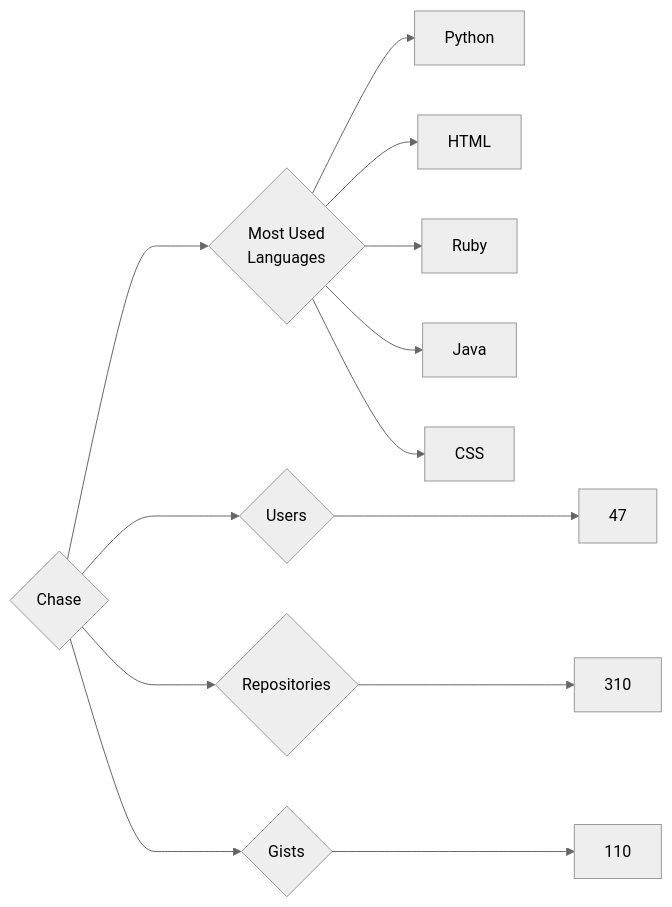
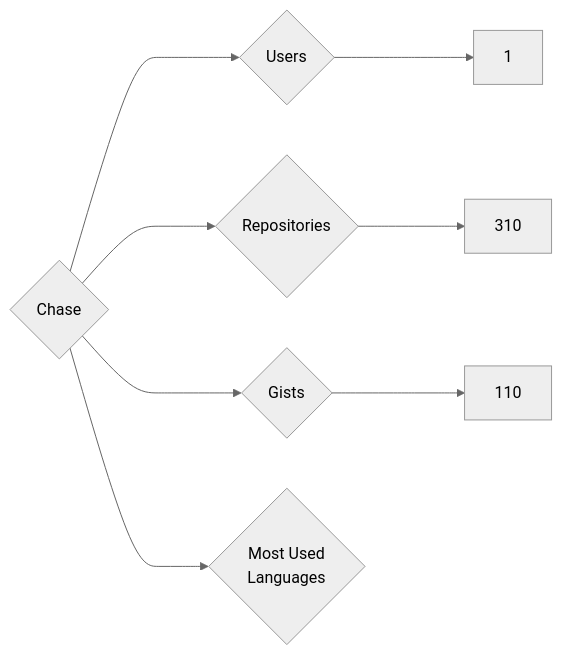
One commit to trickest/insiders changed the diagram in targets/Chase/README.md. Above: the diagram before and after it, drawn with Mermaid (neutral theme). The commit also changed 891 other files, not shown here.

````diff
--- a/targets/Chase/README.md
+++ b/targets/Chase/README.md
@@ -3,13 +3,8 @@
 ```mermaid
 graph LR
 COMPANY_NAME{Chase}
-COMPANY_NAME ---> U{Users} ---> UN[47]
+COMPANY_NAME ---> U{Users} ---> UN[1]
 COMPANY_NAME ---> R{Repositories} ---> RN[310]
 COMPANY_NAME ---> G{Gists} ---> GN[110]
 COMPANY_NAME ---> ML{Most Used<br>Languages}
-ML --> Python[Python]
-ML --> HTML[HTML]
-ML --> Ruby[Ruby]
-ML --> Java[Java]
-ML --> CSS[CSS]
 ```
````
